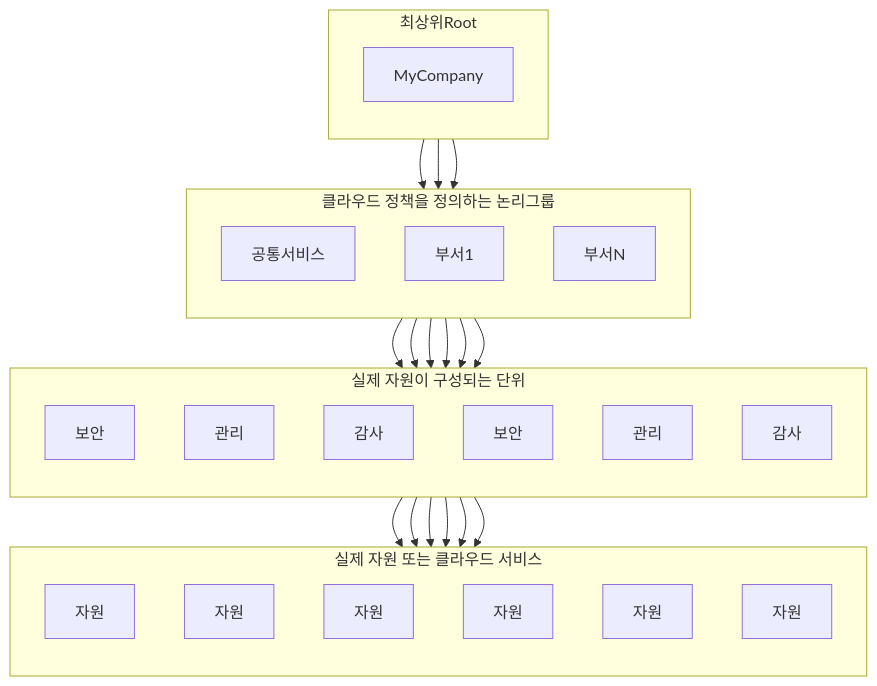
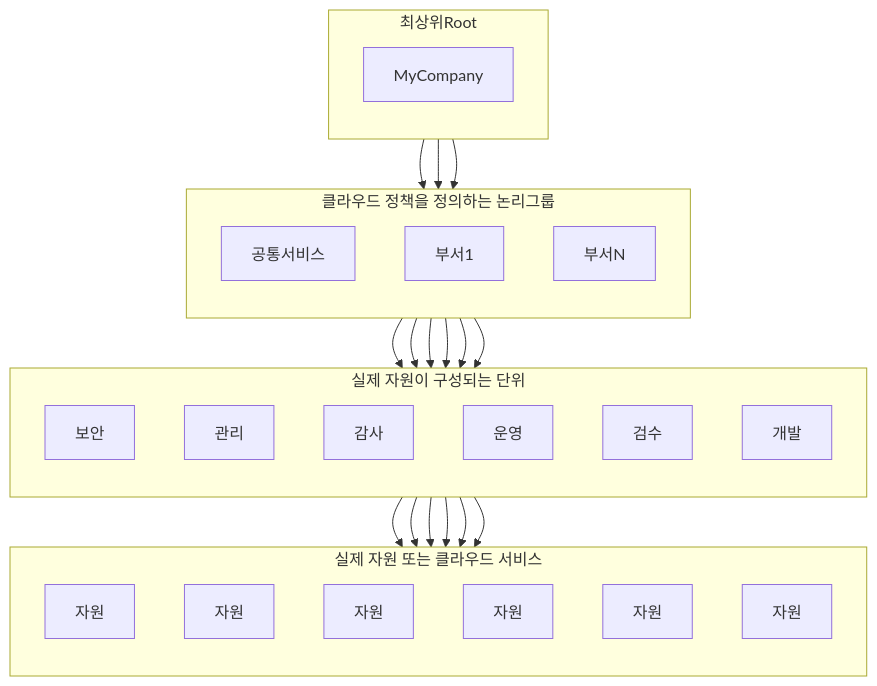
Before and after one commit to NodleKang/nodlekang.github.io: the diagram in _posts/csp/2025-01-07-csp-structure.md, drawn with Mermaid.

```diff
--- a/_posts/csp/2025-01-07-csp-structure.md
+++ b/_posts/csp/2025-01-07-csp-structure.md
@@ -30,42 +30,42 @@
 <pre class="mermaid">
 flowchart TD
     subgraph Root["최상위Root"]
         direction TB
         MyCompany[MyCompany]
     end
 
     subgraph LogicalGroup["클라우드 정책을 정의하는 논리그룹"]
         direction TB
         MyCompany[MyCompany]
         CommonService[공통서비스]
         Dep1[부서1]
         Dep2[부서N]
     end
 
     MyCompany --> CommonService
     MyCompany --> Dep1
     MyCompany --> Dep2
 
     subgraph GroupPerEnv["실제 자원이 구성되는 단위"]
         direction TB
         CommonService --> CS1[보안]
         CommonService --> CS2[관리]
         CommonService --> CS3[감사]
 
         direction TB
-        Dep1 --> A1[보안]
-        Dep1 --> B1[관리]
-        Dep1 --> C1[감사]
+        Dep1 --> A1[운영]
+        Dep1 --> B1[검수]
+        Dep1 --> C1[개발]
     end
 
     subgraph RealResourceGroup["실제 자원 또는 클라우드 서비스"]
         direction TB
         CS1 --> CS11[자원]
         CS2 --> CS21[자원]
         CS3 --> CS31[자원]
 
         A1 --> A11[자원]
         B1 --> B11[자원]
         C1 --> C11[자원]
     end
 </pre>
```
